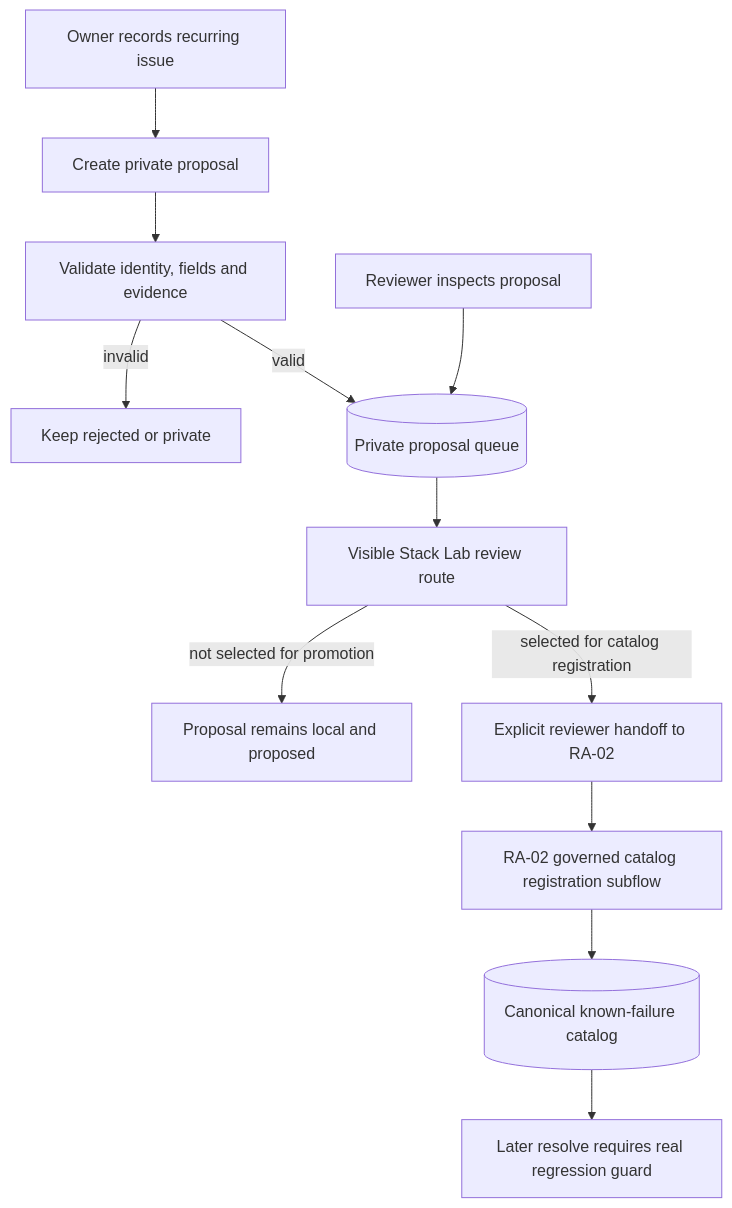
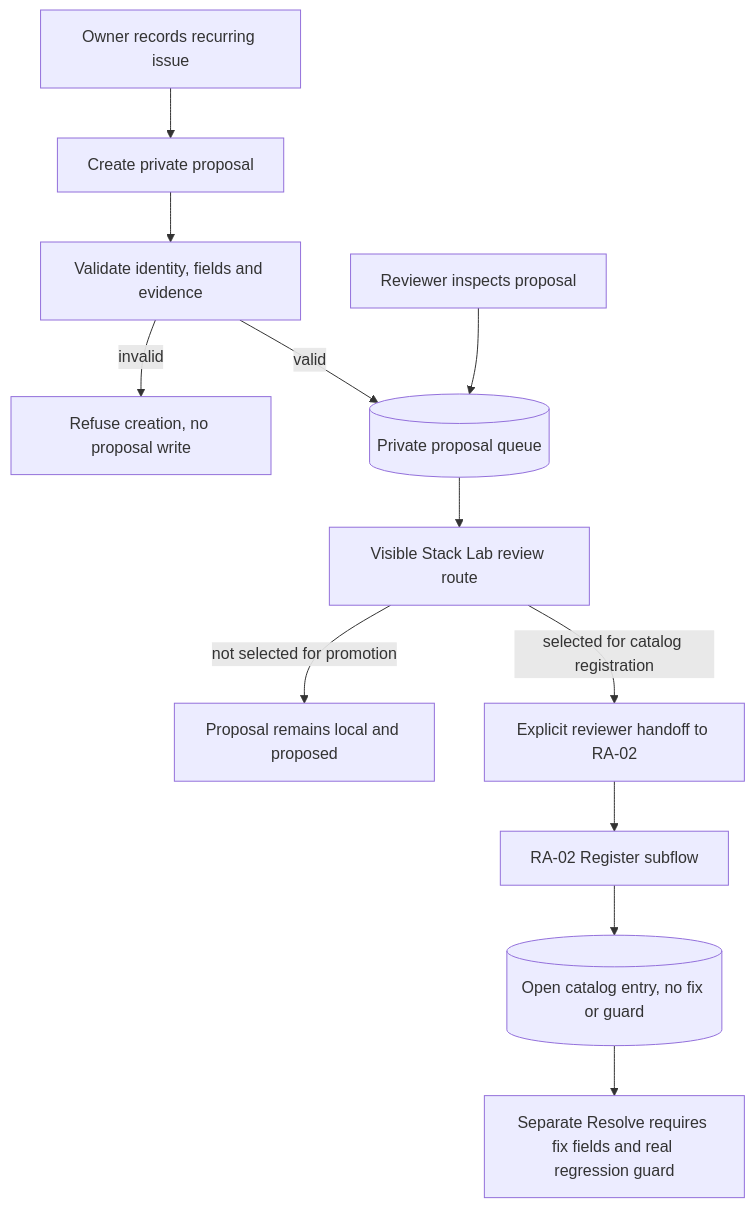
Diagram 29 of 44 in docs/stacklab/pantheon-pt/canon/DIAGRAMS_MAAT_GOVERNANCE.md (SirsiMaster/sirsi-pantheon), drawn with Mermaid before and after one commit. The commit also changed other lines of this file and 2 other files, not shown here.

Commit message:
docs(stacklab): align workflow diagrams with actual effects and recovery

````diff
--- a/docs/stacklab/pantheon-pt/canon/DIAGRAMS_MAAT_GOVERNANCE.md
+++ b/docs/stacklab/pantheon-pt/canon/DIAGRAMS_MAAT_GOVERNANCE.md
@@ -689,14 +690,14 @@
 ```mermaid
 flowchart TD
   AUTHOR[Owner records recurring issue] --> PROPOSAL[Create private proposal]
   PROPOSAL --> VALIDATE[Validate identity, fields and evidence]
-  VALIDATE -->|invalid| HOLD[Keep rejected or private]
+  VALIDATE -->|invalid| HOLD[Refuse creation, no proposal write]
   VALIDATE -->|valid| QUEUE[(Private proposal queue)]
   REVIEWER[Reviewer inspects proposal] --> QUEUE
   QUEUE --> REVIEW[Visible Stack Lab review route]
   REVIEW -->|not selected for promotion| PRIVATE[Proposal remains local and proposed]
   REVIEW -->|selected for catalog registration| HANDOFF[Explicit reviewer handoff to RA-02]
-  HANDOFF --> PROMOTE[RA-02 governed catalog registration subflow]
-  PROMOTE --> CATALOG[(Canonical known-failure catalog)]
-  CATALOG --> GUARD[Later resolve requires real regression guard]
+  HANDOFF --> REGISTER[RA-02 Register subflow]
+  REGISTER --> CATALOG[(Open catalog entry, no fix or guard)]
+  CATALOG --> GUARD[Separate Resolve requires fix fields and real regression guard]
 ```
````
